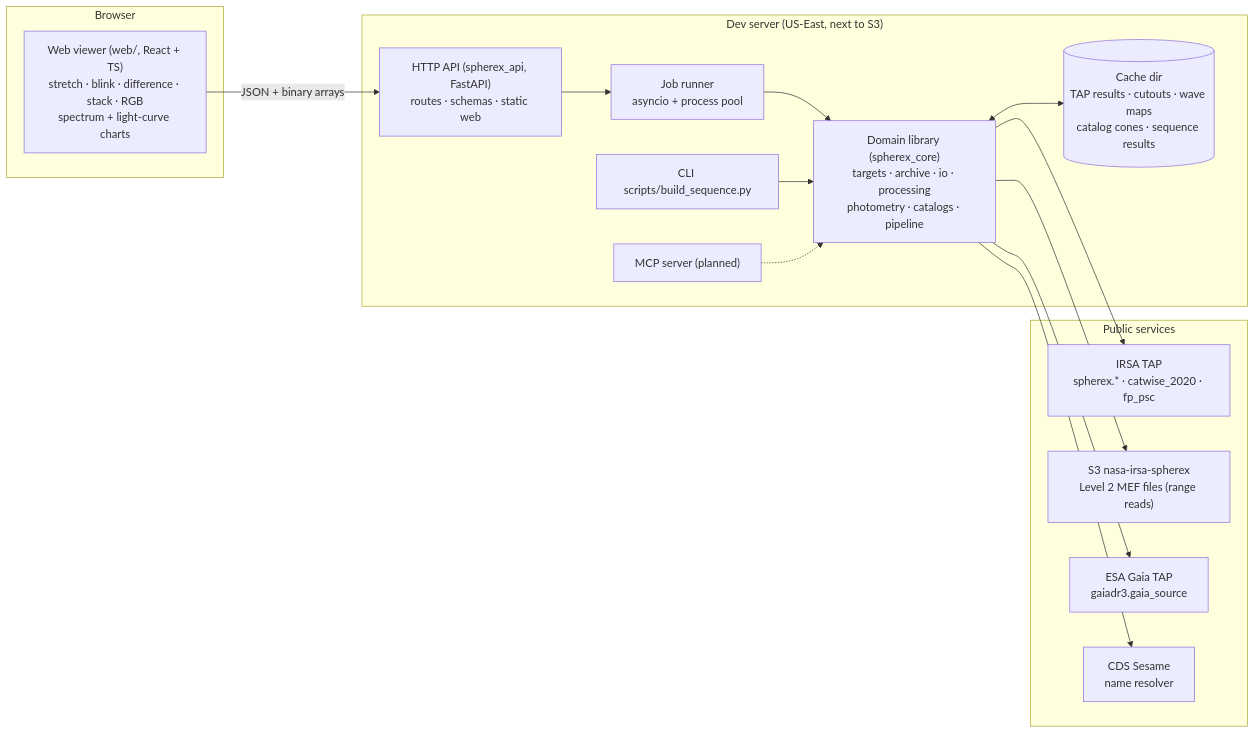
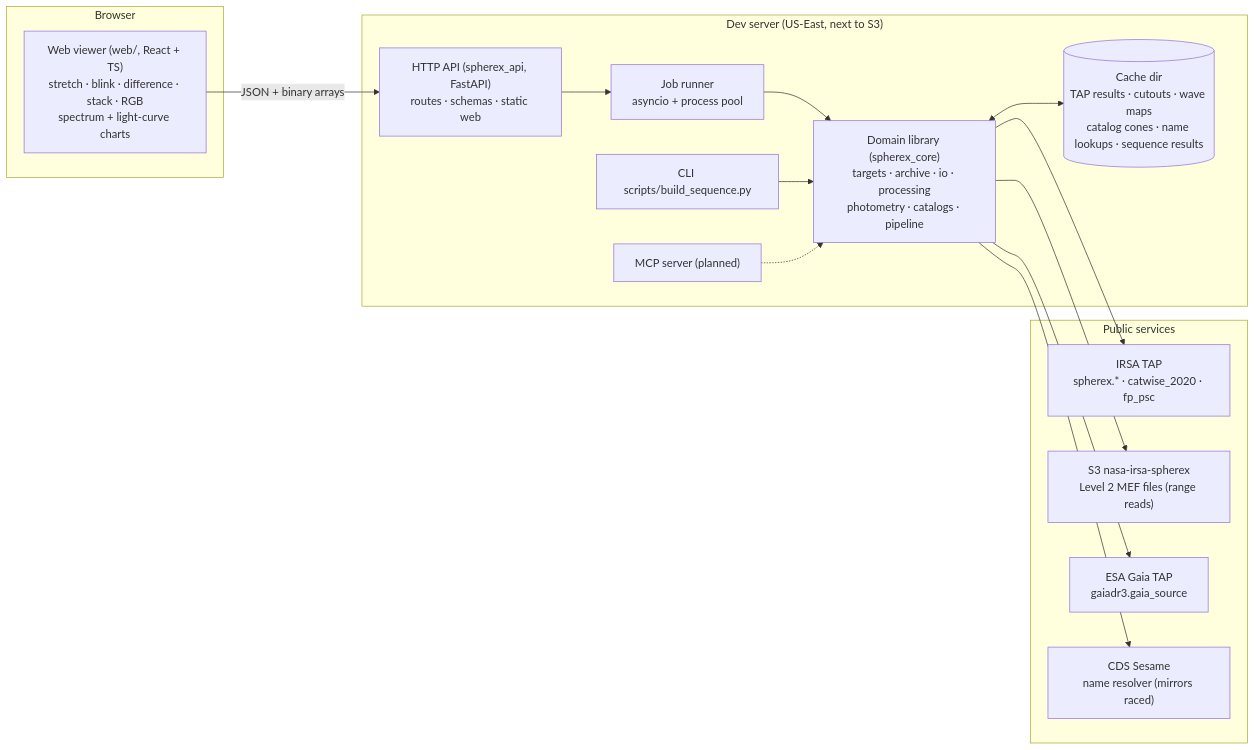
The first of 2 diagrams in docs/architecture.md (zabojeb/planet-x-spherex), drawn with Mermaid before and after one commit. The commit also changed other lines of this file and 23 other files, not shown here.

````diff
--- a/docs/architecture.md
+++ b/docs/architecture.md
@@ -7,29 +7,29 @@
 ```mermaid
 flowchart LR
   subgraph Browser
     WEB["Web viewer (web/, React + TS)<br/>stretch · blink · difference · stack · RGB<br/>spectrum + light-curve charts"]
   end
   subgraph Server["Dev server (US-East, next to S3)"]
     API["HTTP API (spherex_api, FastAPI)<br/>routes · schemas · static web"]
     JOBS["Job runner<br/>asyncio + process pool"]
     CORE["Domain library (spherex_core)<br/>targets · archive · io · processing<br/>photometry · catalogs · pipeline"]
-    CACHE[("Cache dir<br/>TAP results · cutouts · wave maps<br/>catalog cones · sequence results")]
+    CACHE[("Cache dir<br/>TAP results · cutouts · wave maps<br/>catalog cones · name lookups · sequence results")]
     MCP["MCP server (planned)"]
     CLI["CLI scripts/build_sequence.py"]
   end
   subgraph External["Public services"]
     TAP["IRSA TAP<br/>spherex.* · catwise_2020 · fp_psc"]
     S3["S3 nasa-irsa-spherex<br/>Level 2 MEF files (range reads)"]
     GAIA["ESA Gaia TAP<br/>gaiadr3.gaia_source"]
-    SES["CDS Sesame<br/>name resolver"]
+    SES["CDS Sesame<br/>name resolver (mirrors raced)"]
   end
   WEB -- "JSON + binary arrays" --> API
   API --> JOBS --> CORE
   CLI --> CORE
   MCP -.-> CORE
   CORE <--> CACHE
   CORE --> TAP
   CORE --> S3
   CORE --> GAIA
   CORE --> SES
 ```
````
